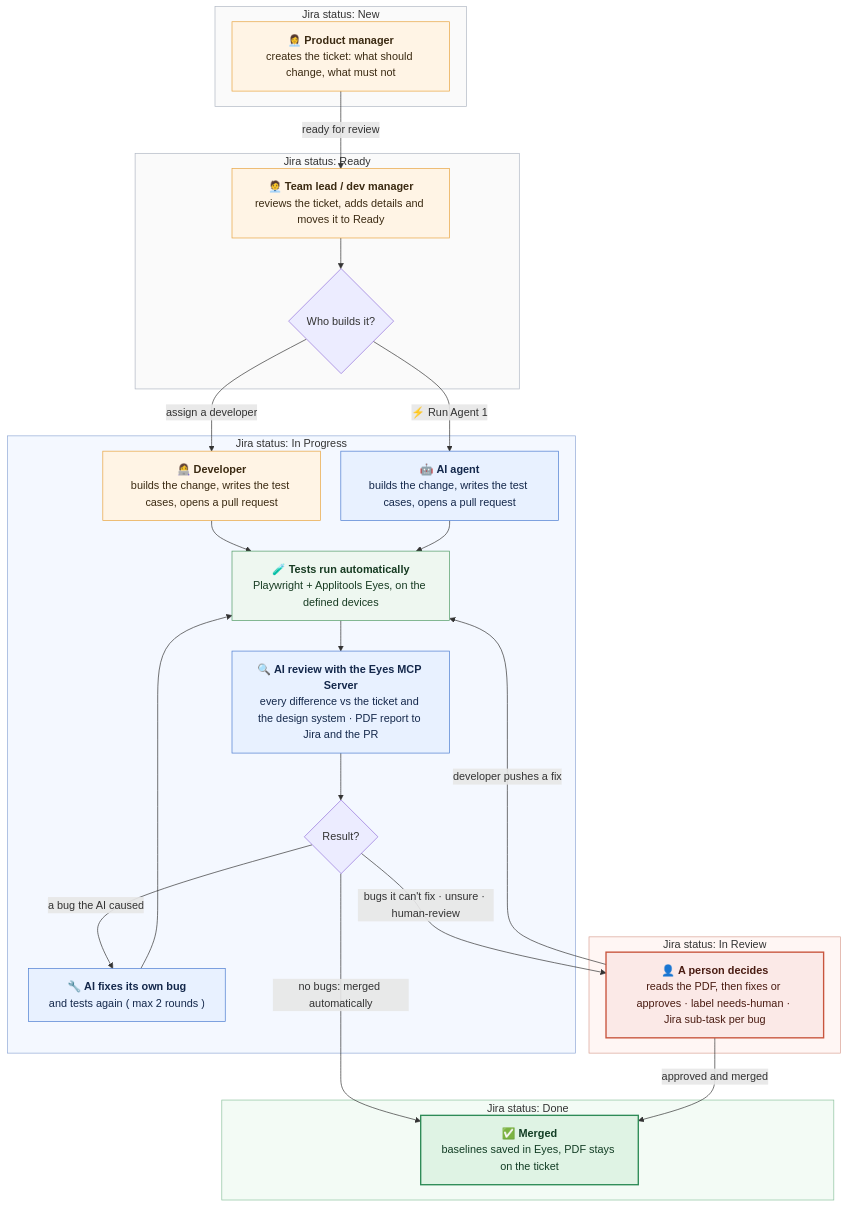
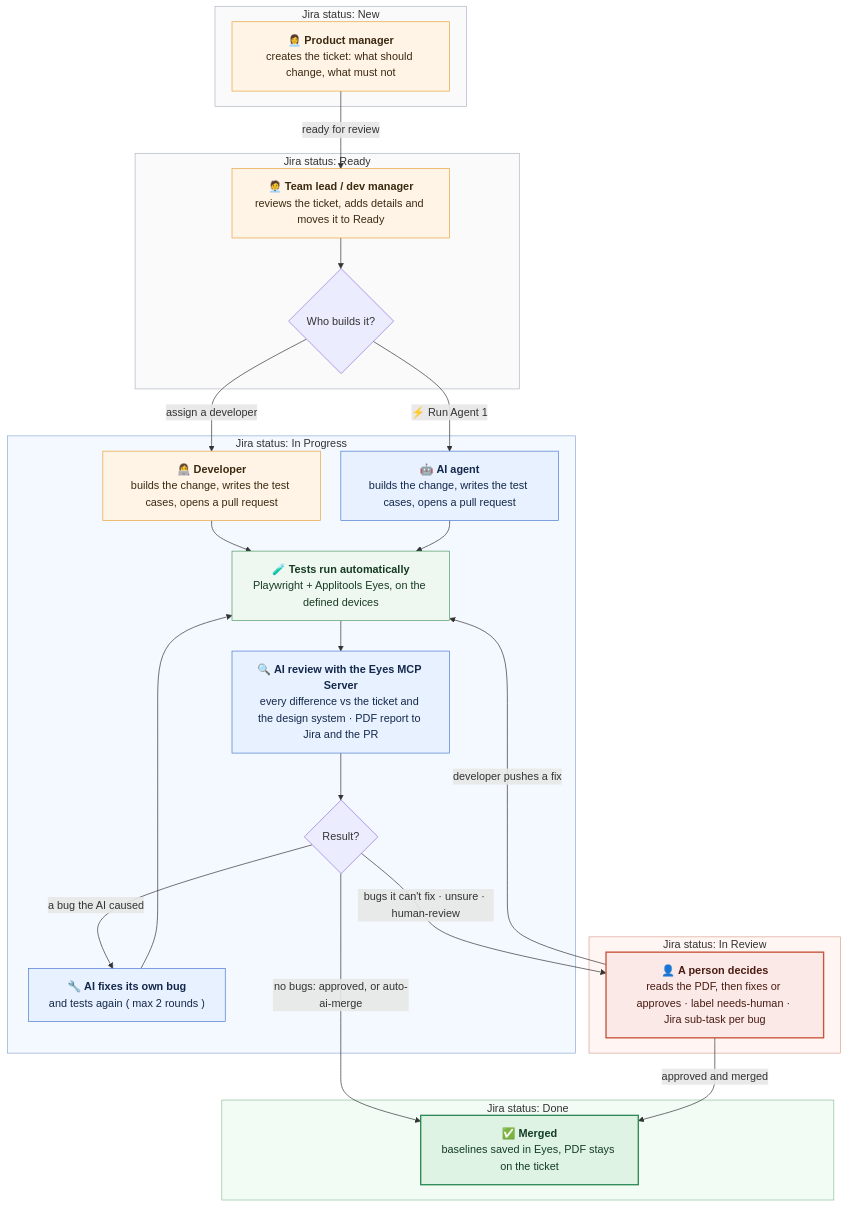
Before and after one commit to ssharma007-dev/wikipedia-visual-ci: the diagram in docs/images/user-flow.mmd, drawn with Mermaid. The commit also changed 8 other files, not shown here.

First line of the commit message:
Merge: a person approves the PR by default; Jira label auto-ai-merge lets the pipeline merge by itself

```diff
--- a/docs/images/user-flow.mmd
+++ b/docs/images/user-flow.mmd
@@ -1,54 +1,54 @@
 %%{init: {"flowchart": {"wrappingWidth": 260, "nodeSpacing": 30, "rankSpacing": 45, "curve": "basis"}}}%%
 flowchart TD
     subgraph S1["Jira status: New"]
         A["👩‍💼 <b>Product manager</b><br/>creates the ticket: what should change, what must not"]
     end
     subgraph S2["Jira status: Ready"]
         B["🧑‍💼 <b>Team lead / dev manager</b><br/>reviews the ticket, adds details and moves it to Ready"]
         C{"Who builds it?"}
     end
     subgraph S3["Jira status: In Progress"]
         D["👩‍💻 <b>Developer</b><br/>builds the change, writes the test cases, opens a pull request"]
         E["🤖 <b>AI agent</b><br/>builds the change, writes the test cases, opens a pull request"]
         F["🧪 <b>Tests run automatically</b><br/>Playwright + Applitools Eyes, on the defined devices"]
         G["🔍 <b>AI review with the Eyes MCP Server</b><br/>every difference vs the ticket and the design system · PDF report to Jira and the PR"]
         H{"Result?"}
         I["🔧 <b>AI fixes its own bug</b><br/>and tests again ( max 2 rounds )"]
     end
     subgraph S4["Jira status: In Review"]
         J["👤 <b>A person decides</b><br/>reads the PDF, then fixes or approves · label needs-human · Jira sub-task per bug"]
     end
     subgraph S5["Jira status: Done"]
         K["✅ <b>Merged</b><br/>baselines saved in Eyes, PDF stays on the ticket"]
     end
 
     A -->|"ready for review"| B
     B --> C
     C -->|"assign a developer"| D
     C -->|"⚡ Run Agent 1"| E
     D --> F
     E --> F
     F --> G
     G --> H
-    H -->|"no bugs: merged automatically"| K
+    H -->|"no bugs: approved, or auto-ai-merge"| K
     H -->|"a bug the AI caused"| I
     I --> F
     H -->|"bugs it can't fix · unsure · human-review"| J
     J -->|"developer pushes a fix"| F
     J -->|"approved and merged"| K
 
     classDef person fill:#FFF4E5,stroke:#E8A33D,color:#3B2A12
     classDef ai fill:#E8F1FF,stroke:#4A7BD0,color:#14284B
     classDef auto fill:#EEF7F0,stroke:#4E9A64,color:#173B22
     classDef good fill:#DFF3E4,stroke:#2E8B57,color:#123D24,stroke-width:2px
     classDef decide fill:#FBE9E7,stroke:#C8553D,color:#4A1C12,stroke-width:2px
     class A,B,D person
     class E,G,I ai
     class F auto
     class K good
     class J decide
     style S1 fill:#FAFAFA,stroke:#B0B7C3
     style S2 fill:#FAFAFA,stroke:#B0B7C3
     style S3 fill:#F4F8FF,stroke:#8FA8D6
     style S4 fill:#FFF6F4,stroke:#D9A093
     style S5 fill:#F3FBF5,stroke:#8CC29E
```
